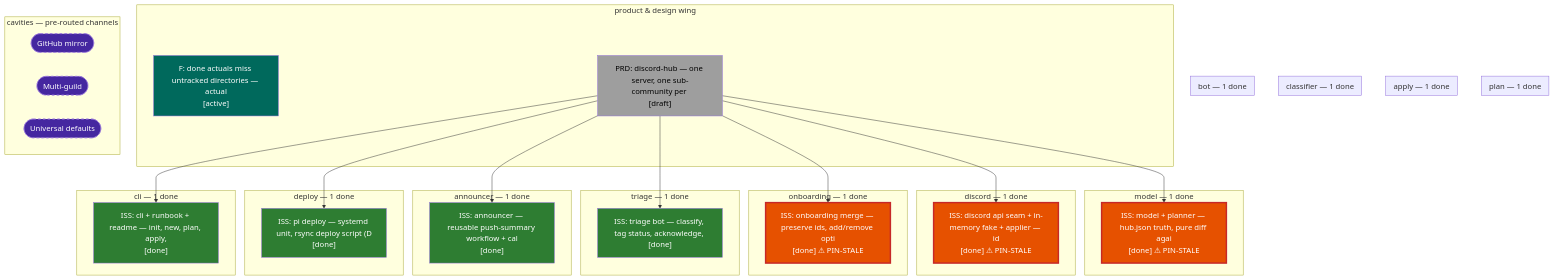
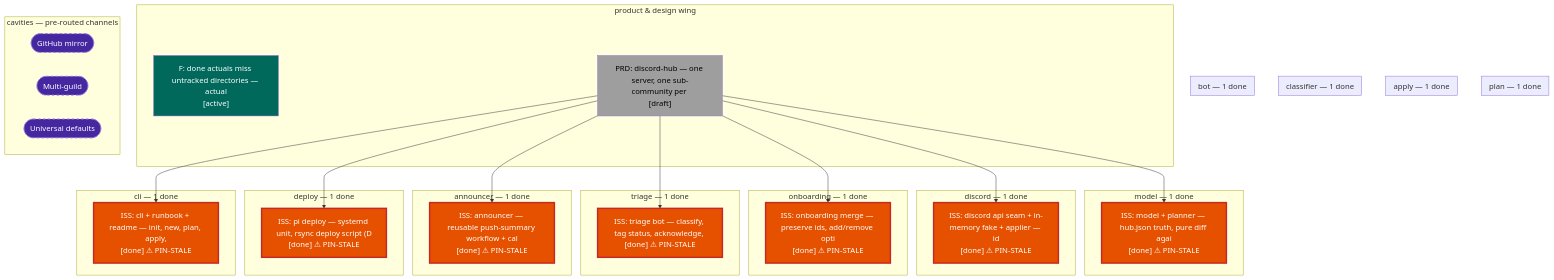
One commit to ajkatz/discord-hub changed the diagram in mural/map.md. Above: the diagram before and after it, drawn with Mermaid. The commit also changed 2 other files, not shown here.

Commit message:
PRD v4: one #feedback forum with kind + status tags, silent triage, bot self-overwrite, emoji ids and --icon, onboarding defaults, --no-onboarding, hub.json reload, YAML parse check
Requirements now describe what shipped on 2026-10-14/15 (REQ quotes untouched).

````diff
--- a/mural/map.md
+++ b/mural/map.md
@@ -6,62 +6,62 @@
 ```mermaid
 flowchart TD
     subgraph R_model["model — 1 done"]
         ISS_01M4YRK271FFV7JQGVRH31XMB5["ISS: model + planner — hub.json truth, pure diff agai<br/>[done] ⚠ PIN-STALE"]:::pinstale
     end
     subgraph R_plan["plan — 1 done"]
         ISS_01M4YRK271FFV7JQGVRH31XMB5["ISS: model + planner — hub.json truth, pure diff agai<br/>[done] ⚠ PIN-STALE"]:::pinstale
     end
     subgraph R_discord["discord — 1 done"]
         ISS_01M4YRK28WWY8PXJ54M3MNX4M0["ISS: discord api seam + in-memory fake + applier — id<br/>[done] ⚠ PIN-STALE"]:::pinstale
     end
     subgraph R_apply["apply — 1 done"]
         ISS_01M4YRK28WWY8PXJ54M3MNX4M0["ISS: discord api seam + in-memory fake + applier — id<br/>[done] ⚠ PIN-STALE"]:::pinstale
     end
     subgraph R_onboarding["onboarding — 1 done"]
         ISS_01M4YRK2AMTS9NS8QGGV8PZRCV["ISS: onboarding merge — preserve ids, add/remove opti<br/>[done] ⚠ PIN-STALE"]:::pinstale
     end
     subgraph R_triage["triage — 1 done"]
-        ISS_01M4YS4JPD4GTYTH3BC87FY61Q["ISS: triage bot — classify, tag status, acknowledge, <br/>[done]"]:::done
+        ISS_01M4YS4JPD4GTYTH3BC87FY61Q["ISS: triage bot — classify, tag status, acknowledge, <br/>[done] ⚠ PIN-STALE"]:::pinstale
     end
     subgraph R_classifier["classifier — 1 done"]
-        ISS_01M4YS4JPD4GTYTH3BC87FY61Q["ISS: triage bot — classify, tag status, acknowledge, <br/>[done]"]:::done
+        ISS_01M4YS4JPD4GTYTH3BC87FY61Q["ISS: triage bot — classify, tag status, acknowledge, <br/>[done] ⚠ PIN-STALE"]:::pinstale
     end
     subgraph R_bot["bot — 1 done"]
-        ISS_01M4YS4JPD4GTYTH3BC87FY61Q["ISS: triage bot — classify, tag status, acknowledge, <br/>[done]"]:::done
+        ISS_01M4YS4JPD4GTYTH3BC87FY61Q["ISS: triage bot — classify, tag status, acknowledge, <br/>[done] ⚠ PIN-STALE"]:::pinstale
     end
     subgraph R_announcer["announcer — 1 done"]
-        ISS_01M4YS4JR84N865A2GE202351A["ISS: announcer — reusable push-summary workflow + cal<br/>[done]"]:::done
+        ISS_01M4YS4JR84N865A2GE202351A["ISS: announcer — reusable push-summary workflow + cal<br/>[done] ⚠ PIN-STALE"]:::pinstale
     end
     subgraph R_deploy["deploy — 1 done"]
-        ISS_01M4YS4JT1NBYWK02Q0X4XHT4G["ISS: pi deploy — systemd unit, rsync deploy script (D<br/>[done]"]:::done
+        ISS_01M4YS4JT1NBYWK02Q0X4XHT4G["ISS: pi deploy — systemd unit, rsync deploy script (D<br/>[done] ⚠ PIN-STALE"]:::pinstale
     end
     subgraph R_cli["cli — 1 done"]
-        ISS_01M4YRK2CD4S2WNDHCEFJPFZVH["ISS: cli + runbook + readme — init, new, plan, apply,<br/>[done]"]:::done
+        ISS_01M4YRK2CD4S2WNDHCEFJPFZVH["ISS: cli + runbook + readme — init, new, plan, apply,<br/>[done] ⚠ PIN-STALE"]:::pinstale
     end
     subgraph WING["product & design wing"]
         F_01M4YSPEQSEHZREY1K1006BK1A["F: done actuals miss untracked directories — actual<br/>[active]"]:::active
         PRD_01M4YRFMPVGJJ0XENSA97NBGBW["PRD: discord-hub — one server, one sub-community per <br/>[draft]"]:::draft
     end
     subgraph CAV["cavities — pre-routed channels"]
         C_GitHub_mirror(["GitHub mirror"]):::cavity
         C_Multi_guild(["Multi-guild"]):::cavity
         C_Universal_defaults(["Universal defaults"]):::cavity
     end
     PRD_01M4YRFMPVGJJ0XENSA97NBGBW --> ISS_01M4YRK271FFV7JQGVRH31XMB5
     PRD_01M4YRFMPVGJJ0XENSA97NBGBW --> ISS_01M4YRK28WWY8PXJ54M3MNX4M0
     PRD_01M4YRFMPVGJJ0XENSA97NBGBW --> ISS_01M4YRK2AMTS9NS8QGGV8PZRCV
     PRD_01M4YRFMPVGJJ0XENSA97NBGBW --> ISS_01M4YRK2CD4S2WNDHCEFJPFZVH
     PRD_01M4YRFMPVGJJ0XENSA97NBGBW --> ISS_01M4YS4JPD4GTYTH3BC87FY61Q
     PRD_01M4YRFMPVGJJ0XENSA97NBGBW --> ISS_01M4YS4JR84N865A2GE202351A
     PRD_01M4YRFMPVGJJ0XENSA97NBGBW --> ISS_01M4YS4JT1NBYWK02Q0X4XHT4G
     classDef done fill:#2e7d32,color:#fff
     classDef ready fill:#1565c0,color:#fff
     classDef inprog fill:#f9a825,color:#000
     classDef draft fill:#9e9e9e,color:#000
     classDef bad fill:#c62828,color:#fff
     classDef active fill:#00695c,color:#fff
     classDef other fill:#6a1b9a,color:#fff
     classDef pinstale fill:#e65100,color:#fff,stroke:#c62828,stroke-width:3px
     classDef cavity fill:#4527a0,color:#fff,stroke-dasharray: 5 5
     classDef empty fill:transparent,stroke:transparent
 ```
````
